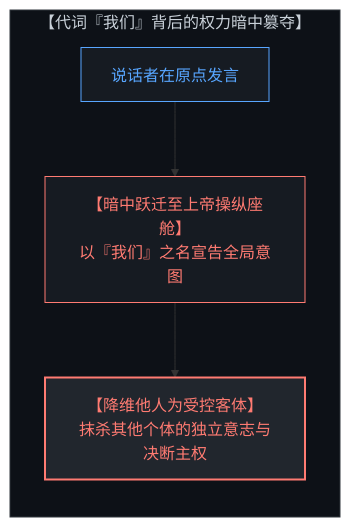
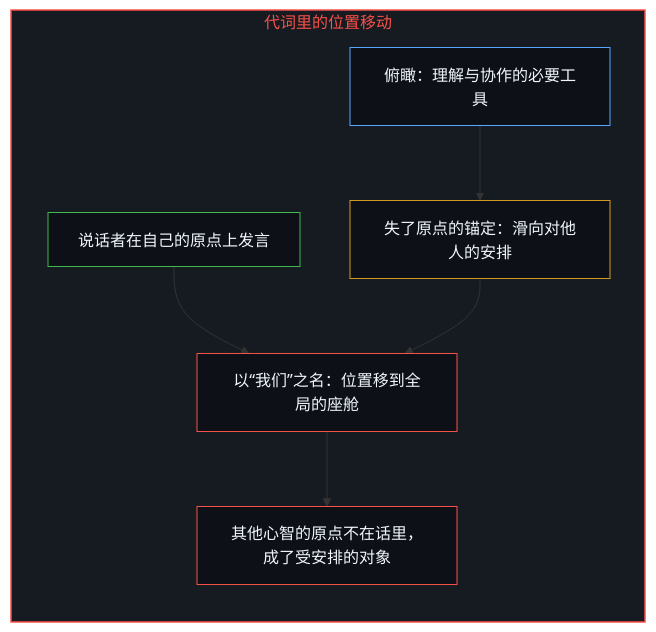
One commit to powerpig99/not-a-toe changed the seventh of 12 diagrams in content/posts/the-origin-of-god-and-the-flattening-of-we.md. Above: the diagram before and after it, drawn with Mermaid. The commit also changed other lines of this file and 2 other files, not shown here.

Commit message:
Refine the-origin-of-god: alternating bilingual layout, six paired diagrams, the overview as a reading, implicit first person

````diff
--- a/content/posts/the-origin-of-god-and-the-flattening-of-we.md
+++ b/content/posts/the-origin-of-god-and-the-flattening-of-we.md
@@ -169,15 +191,22 @@
 ```mermaid
-graph TD
-    subgraph HegemonyOfWe["【代词『我们』背后的权力暗中篡夺】"]
+flowchart TD
+    subgraph S_We["代词里的位置移动"]
         direction TB
-        SpeakerOrigin["说话者在原点发言"]
-        UsurpedControlSeat["【暗中跃迁至上帝操纵座舱】<br>以『我们』之名宣告全局意图"]
-        ObjectifiedOthers["【降维他人为受控客体】<br>抹杀其他个体的独立意志与决断主权"]
-        SpeakerOrigin --> UsurpedControlSeat
-        UsurpedControlSeat --> ObjectifiedOthers
+        Speak["说话者在自己的原点上发言"]
+        Seat["以“我们”之名：位置移到全局的座舱"]
+        Others["其他心智的原点不在话里，成了受安排的对象"]
+        Tool["俯瞰：理解与协作的必要工具"]
+        Slip["失了原点的锚定：滑向对他人的安排"]
+        Speak --> Seat
+        Seat --> Others
+        Tool --> Slip
+        Slip --> Seat
     end
-    style HegemonyOfWe fill:#0d1117,stroke:#30363d,stroke-width:1px,color:#c9d1d9
-    style SpeakerOrigin fill:#161b22,stroke:#58a6ff,stroke-width:1px,color:#58a6ff
-    style UsurpedControlSeat fill:#161b22,stroke:#ff7b72,stroke-width:1px,color:#ff7b72
-    style ObjectifiedOthers fill:#21262d,stroke:#ff7b72,stroke-width:2px,color:#ff7b72
+
+    style S_We fill:#161b22,stroke:#f85149,stroke-width:1.5px,color:#f85149
+    style Speak fill:#0d1117,stroke:#3fb950,stroke-width:1px,color:#f0f6fc
+    style Seat fill:#0d1117,stroke:#f85149,stroke-width:1px,color:#f0f6fc
+    style Others fill:#0d1117,stroke:#f85149,stroke-width:1px,color:#f0f6fc
+    style Tool fill:#0d1117,stroke:#58a6ff,stroke-width:1px,color:#f0f6fc
+    style Slip fill:#0d1117,stroke:#d29922,stroke-width:1px,color:#f0f6fc
 ```
````
